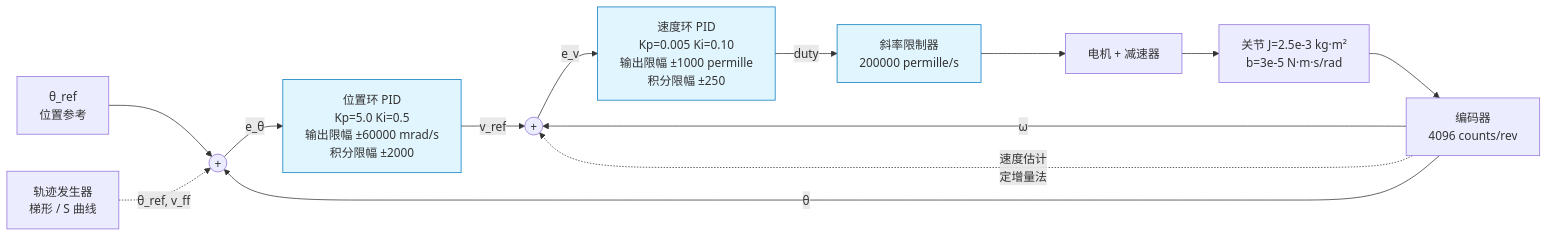
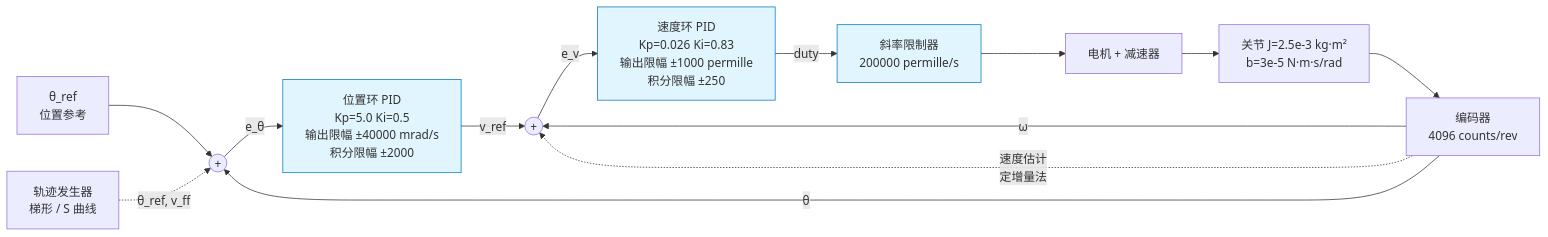
Before and after one commit to zdxddmx/second-gen-tea-picking-robot: the fourth of 9 diagrams in README.md, drawn with Mermaid. The commit also changed other lines of this file and 21 other files, not shown here.

````diff
--- a/README.md
+++ b/README.md
@@ -281,17 +281,17 @@
 ```mermaid
 flowchart LR
     REF["θ_ref<br/>位置参考"] --> SUM1(("+"))
     TRAJ["轨迹发生器<br/>梯形 / S 曲线"] -.->|"θ_ref, v_ff"| SUM1
-    SUM1 -->|"e_θ"| PPID["位置环 PID<br/>Kp=5.0 Ki=0.5<br/>输出限幅 ±60000 mrad/s<br/>积分限幅 ±2000"]
+    SUM1 -->|"e_θ"| PPID["位置环 PID<br/>Kp=5.0 Ki=0.5<br/>输出限幅 ±40000 mrad/s<br/>积分限幅 ±2000"]
     PPID -->|"v_ref"| SUM2(("+"))
-    SUM2 -->|"e_v"| VPID["速度环 PID<br/>Kp=0.005 Ki=0.10<br/>输出限幅 ±1000 permille<br/>积分限幅 ±250"]
+    SUM2 -->|"e_v"| VPID["速度环 PID<br/>Kp=0.026 Ki=0.83<br/>输出限幅 ±1000 permille<br/>积分限幅 ±250"]
     VPID -->|"duty"| SLEW["斜率限制器<br/>200000 permille/s"]
     SLEW --> MOTOR["电机 + 减速器"]
     MOTOR --> PLANT["关节 J=2.5e-3 kg·m²<br/>b=3e-5 N·m·s/rad"]
     PLANT --> ENC["编码器<br/>4096 counts/rev"]
     ENC -->|"θ"| SUM1
     ENC -->|"ω"| SUM2
     ENC -.->|"速度估计<br/>定增量法"| SUM2
     classDef ctrl fill:#e1f5fe,stroke:#0277bd
     class PPID,VPID,SLEW ctrl
 ```
````
